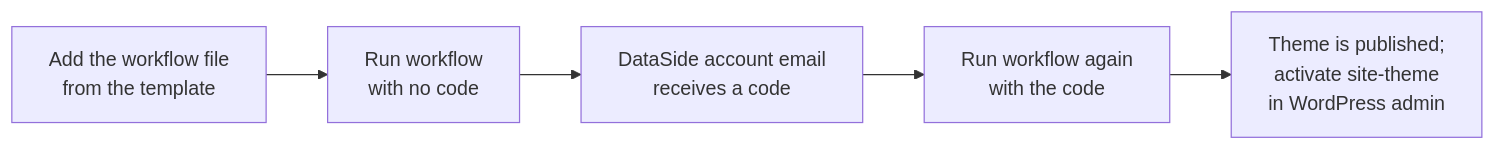
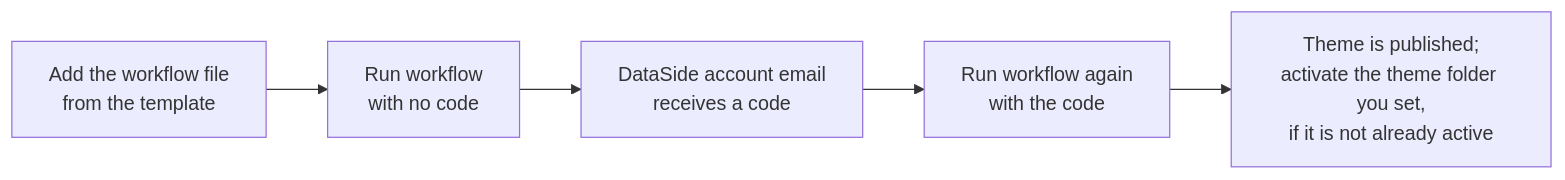
Before and after one commit to 4impact/dataside-theme-action: the first of 2 diagrams in docs/customer-theme-guide.md, drawn with Mermaid. The commit also changed other lines of this file and 5 other files, not shown here.

Commit message:
feat: required theme input names the theme folder

````diff
--- a/docs/customer-theme-guide.md
+++ b/docs/customer-theme-guide.md
@@ -27,7 +27,7 @@
 ```mermaid
 flowchart LR
     A[Add the workflow file<br/>from the template] --> B[Run workflow<br/>with no code]
     B --> C[DataSide account email<br/>receives a code]
     C --> D[Run workflow again<br/>with the code]
-    D --> E[Theme is published;<br/>activate site-theme<br/>in WordPress admin]
+    D --> E[Theme is published;<br/>activate the theme folder you set,<br/>if it is not already active]
 ```
````
